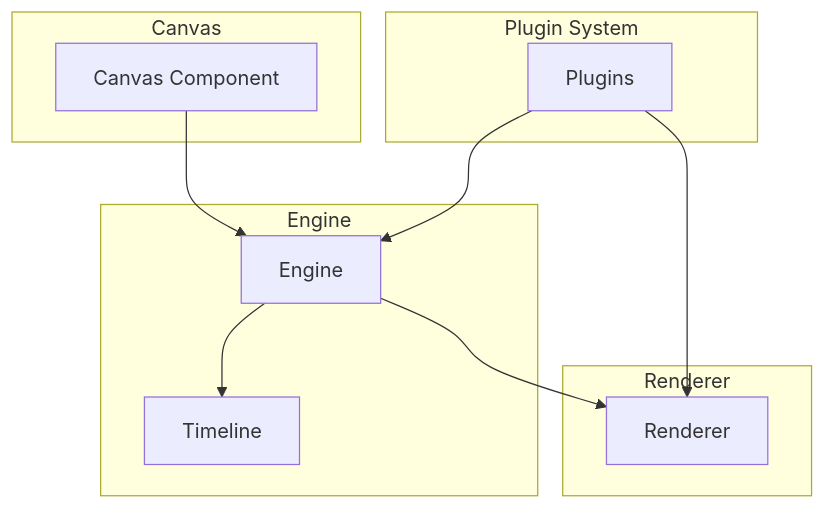
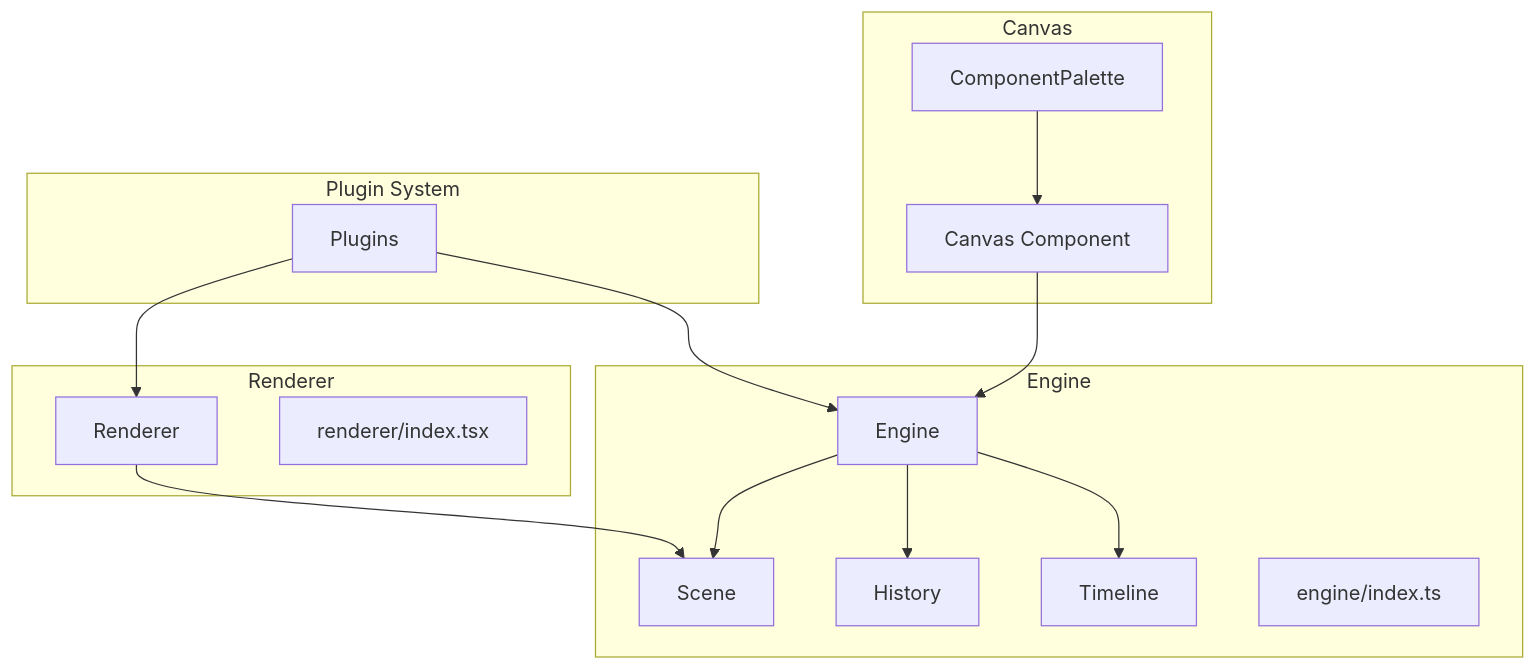
One commit to Anna0314zy/ai_editor_enginer changed the seventh of 8 diagrams in .qoder/repowiki/en/content/Architecture Overview/Architecture Overview.md. Above: the diagram before and after it, drawn with Mermaid. The commit also changed other lines of this file and 41 other files, not shown here.

````diff
--- a/.qoder/repowiki/en/content/Architecture Overview/Architecture Overview.md
+++ b/.qoder/repowiki/en/content/Architecture Overview/Architecture Overview.md
@@ -287,21 +365,29 @@
 ```mermaid
 graph TB
 subgraph "Canvas"
 CANV["Canvas Component"]
+PALETTE["ComponentPalette"]
 end
 subgraph "Engine"
 ENG["Engine"]
+SCN["Scene"]
+HIST["History"]
 TL["Timeline"]
+ENDX["engine/index.ts"]
 end
 subgraph "Renderer"
 RND["Renderer"]
+ENDX2["renderer/index.tsx"]
 end
 subgraph "Plugin System"
 PLUG["Plugins"]
 end
 CANV --> ENG
+PALETTE --> CANV
+ENG --> SCN
+ENG --> HIST
 ENG --> TL
-ENG --> RND
+RND --> SCN
 PLUG --> ENG
 PLUG --> RND
 ```
````
